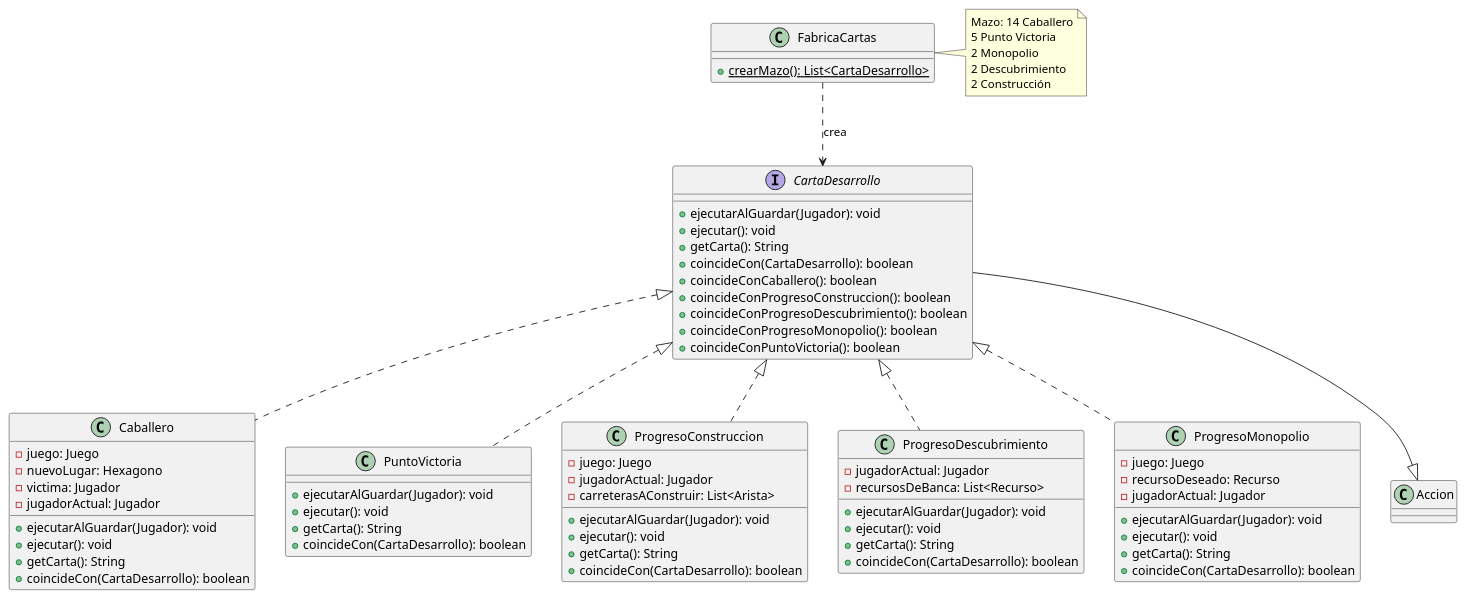
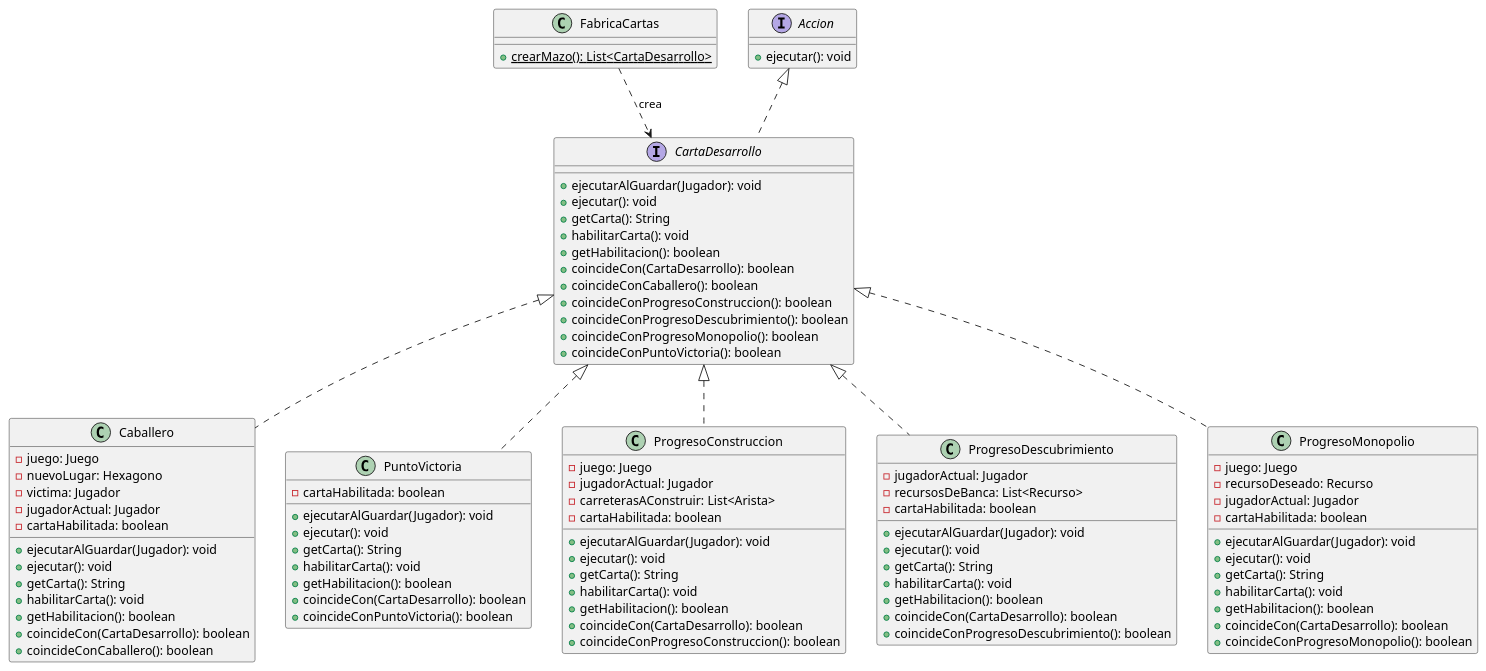
The diagram in diagrams/classes/cartaDesarrollo.puml (ValeSolArroyo/TP2-Catan), drawn with PlantUML before and after one commit. The commit also changed 8 other files, not shown here.

Commit message:
diagramas actualizados

```diff
--- a/diagrams/classes/cartaDesarrollo.puml
+++ b/diagrams/classes/cartaDesarrollo.puml
@@ -1,89 +1,106 @@
 @startuml
 
 interface CartaDesarrollo {
     + ejecutarAlGuardar(Jugador): void
     + ejecutar(): void
     + getCarta(): String
+    + habilitarCarta(): void
+    + getHabilitacion(): boolean
     + coincideCon(CartaDesarrollo): boolean
     + coincideConCaballero(): boolean
     + coincideConProgresoConstruccion(): boolean
     + coincideConProgresoDescubrimiento(): boolean
     + coincideConProgresoMonopolio(): boolean
     + coincideConPuntoVictoria(): boolean
 }
 
 class Caballero {
     - juego: Juego
     - nuevoLugar: Hexagono
     - victima: Jugador
     - jugadorActual: Jugador
+    - cartaHabilitada: boolean
 
     + ejecutarAlGuardar(Jugador): void
     + ejecutar(): void
     + getCarta(): String
+    + habilitarCarta(): void
+    + getHabilitacion(): boolean
     + coincideCon(CartaDesarrollo): boolean
+    + coincideConCaballero(): boolean
 }
 
 class PuntoVictoria {
+    - cartaHabilitada: boolean
     + ejecutarAlGuardar(Jugador): void
     + ejecutar(): void
     + getCarta(): String
+    + habilitarCarta(): void
+    + getHabilitacion(): boolean
     + coincideCon(CartaDesarrollo): boolean
+    + coincideConPuntoVictoria(): boolean
 }
 
 class ProgresoConstruccion {
     - juego: Juego
     - jugadorActual: Jugador
     - carreterasAConstruir: List<Arista>
+    - cartaHabilitada: boolean
 
     + ejecutarAlGuardar(Jugador): void
     + ejecutar(): void
     + getCarta(): String
+    + habilitarCarta(): void
+    + getHabilitacion(): boolean
     + coincideCon(CartaDesarrollo): boolean
+    + coincideConProgresoConstruccion(): boolean
 }
 
 class ProgresoDescubrimiento {
     - jugadorActual: Jugador
     - recursosDeBanca: List<Recurso>
+    - cartaHabilitada: boolean
 
     + ejecutarAlGuardar(Jugador): void
     + ejecutar(): void
     + getCarta(): String
+    + habilitarCarta(): void
+    + getHabilitacion(): boolean
     + coincideCon(CartaDesarrollo): boolean
+    + coincideConProgresoDescubrimiento(): boolean
 }
 
 class ProgresoMonopolio {
     - juego: Juego
     - recursoDeseado: Recurso
     - jugadorActual: Jugador
+    - cartaHabilitada: boolean
 
     + ejecutarAlGuardar(Jugador): void
     + ejecutar(): void
     + getCarta(): String
+    + habilitarCarta(): void
+    + getHabilitacion(): boolean
     + coincideCon(CartaDesarrollo): boolean
+    + coincideConProgresoMonopolio(): boolean
 }
 
 class FabricaCartas {
     + {static} crearMazo(): List<CartaDesarrollo>
 }
 
 CartaDesarrollo <|.. Caballero
 CartaDesarrollo <|.. PuntoVictoria
 CartaDesarrollo <|.. ProgresoConstruccion
 CartaDesarrollo <|.. ProgresoDescubrimiento
 CartaDesarrollo <|.. ProgresoMonopolio
 
 FabricaCartas ..> CartaDesarrollo : crea
 
-note right of FabricaCartas
-    Mazo: 14 Caballero
-    5 Punto Victoria
-    2 Monopolio
-    2 Descubrimiento
-    2 Construcción
-end note
+interface Accion {
+    + ejecutar(): void
+}
 
-
-CartaDesarrollo --|> Accion
+Accion <|.. CartaDesarrollo
 
 @enduml
```
